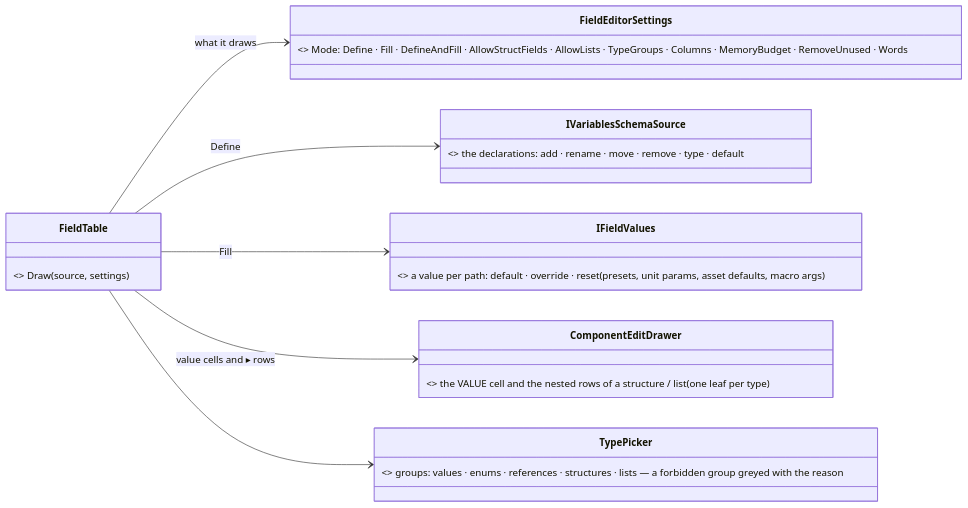
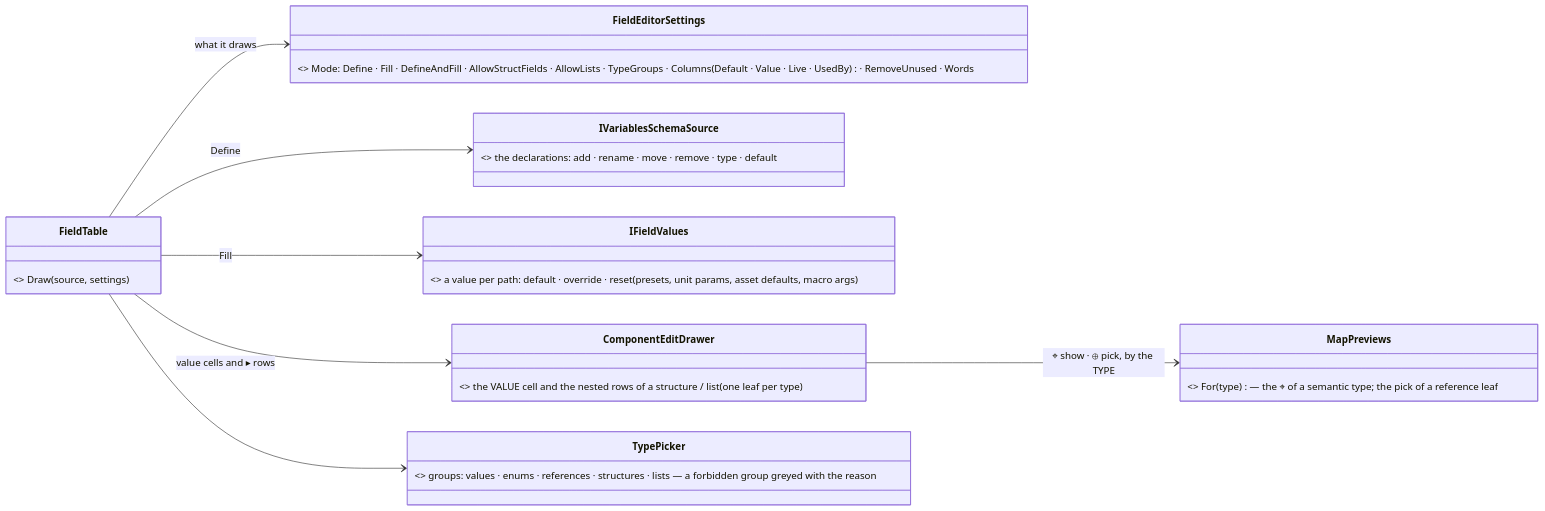
One commit to pjanec/HROT changed the third of 3 diagrams in docs/DESIGN_Field_Declaration_Editor.md. Above: the diagram before and after it, drawn with Mermaid. The commit also changed other lines of this file and 2 other files, not shown here.

First line of the commit message:
Shared field editor §6 revised with the user: semantic types carry show-on-map and pick (D9), the type as coloured text (D10), the blackboard is the same table with no bytes / budget (D11)

````diff
--- a/docs/DESIGN_Field_Declaration_Editor.md
+++ b/docs/DESIGN_Field_Declaration_Editor.md
@@ -135,15 +141,17 @@
 ```mermaid
 classDiagram
     direction LR
     class FieldTable { <<NEW — the shared editor; grows out of VariablesPanelControl>> Draw(source, settings) }
-    class FieldEditorSettings { <<NEW — extends DeclarationFeatures>> Mode: Define · Fill · DefineAndFill · AllowStructFields · AllowLists · TypeGroups · Columns · MemoryBudget · RemoveUnused · Words }
+    class FieldEditorSettings { <<NEW — replaces DeclarationFeatures>> Mode: Define · Fill · DefineAndFill · AllowStructFields · AllowLists · TypeGroups · Columns (Default · Value · Live · UsedBy) · RemoveUnused · Words }
+    class MapPreviews { <<existing, Show on map>> For(type) — the ⌖ of a semantic type; the pick of a reference leaf }
     class IVariablesSchemaSource { <<existing seam>> the declarations: add · rename · move · remove · type · default }
     class IFieldValues { <<NEW seam>> a value per path: default · override · reset (presets, unit params, asset defaults, macro args) }
     class ComponentEditDrawer { <<existing, StructEdit>> the VALUE cell and the nested rows of a structure / list (one leaf per type) }
     class TypePicker { <<NEW, one>> groups: values · enums · references · structures · lists — a forbidden group greyed with the reason }
     FieldTable --> FieldEditorSettings : what it draws
     FieldTable --> IVariablesSchemaSource : Define
     FieldTable --> IFieldValues : Fill
     FieldTable --> ComponentEditDrawer : value cells and ▸ rows
     FieldTable --> TypePicker
+    ComponentEditDrawer --> MapPreviews : ⌖ show · ⊕ pick, by the TYPE
 ```
````
